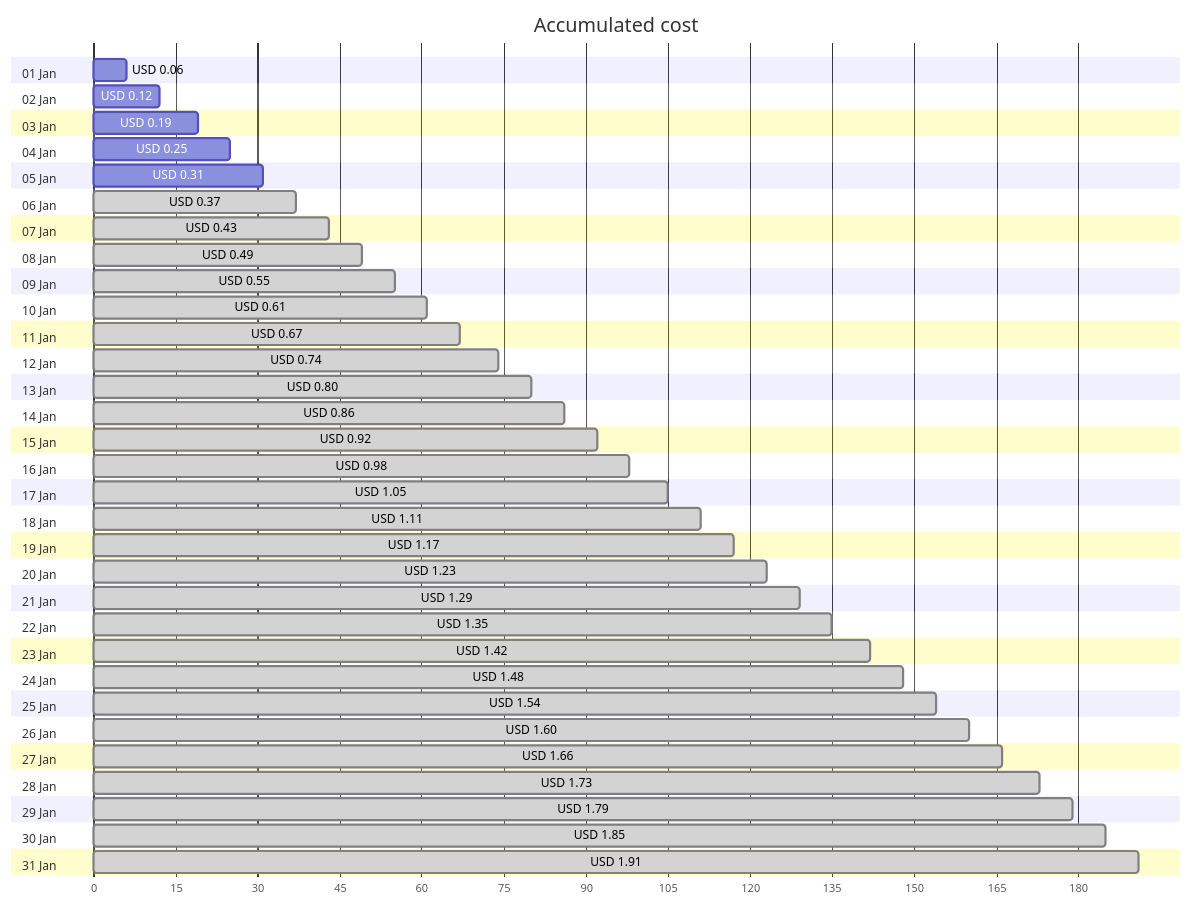
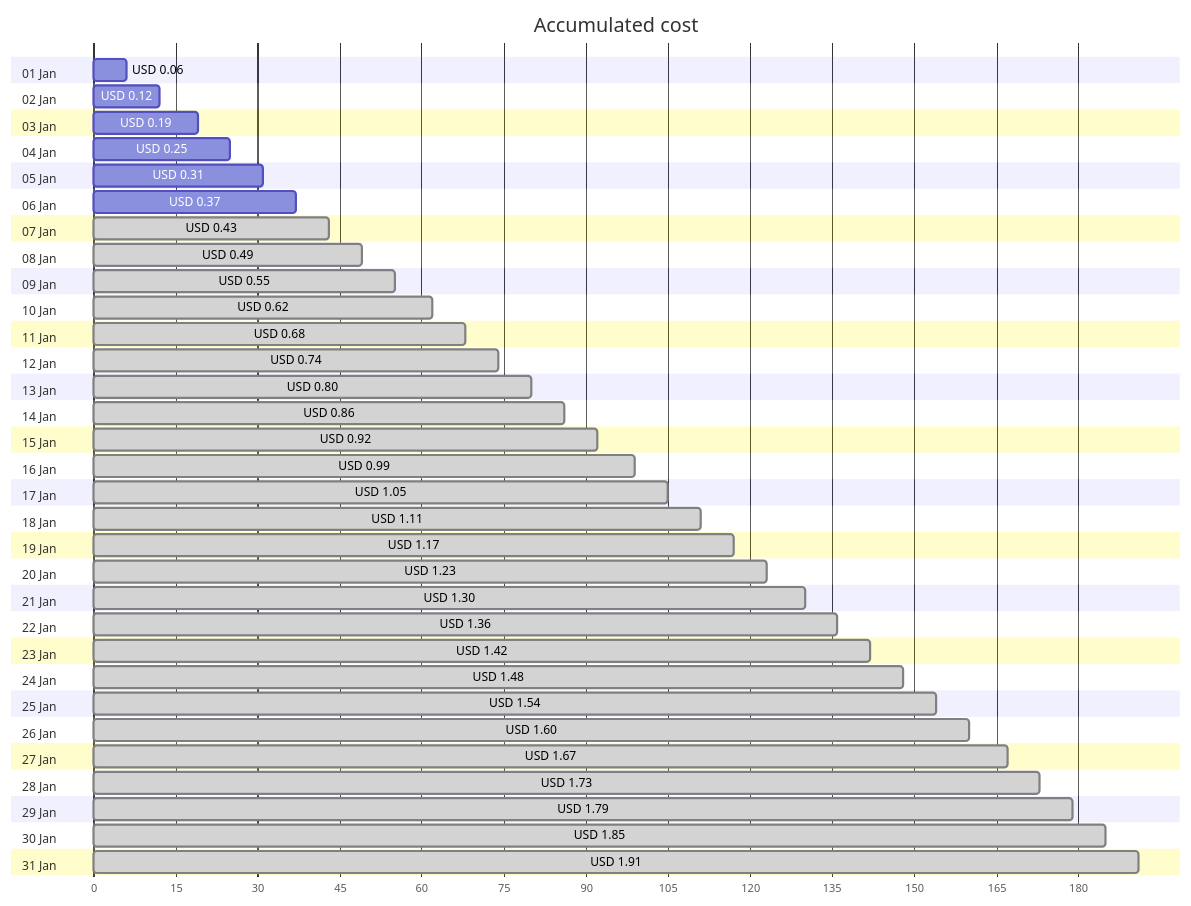
The first of 4 diagrams in cost-reports/personal-network/backup-server_OsDisk.md (jpfulton/azure-personal-reports), drawn with Mermaid before and after one commit. The commit also changed other lines of this file and 8 other files, not shown here.

````diff
--- a/cost-reports/personal-network/backup-server_OsDisk.md
+++ b/cost-reports/personal-network/backup-server_OsDisk.md
@@ -20,68 +20,68 @@
 ```mermaid
 gantt
    title Accumulated cost
    dateFormat  X
    axisFormat %s
    section 01 Jan
    USD 0.06 :0, 6
    section 02 Jan
    USD 0.12 :0, 12
    section 03 Jan
    USD 0.19 :0, 19
    section 04 Jan
    USD 0.25 :0, 25
    section 05 Jan
    USD 0.31 :0, 31
    section 06 Jan
-   USD 0.37 : done, 0, 37
+   USD 0.37 :0, 37
    section 07 Jan
    USD 0.43 : done, 0, 43
    section 08 Jan
    USD 0.49 : done, 0, 49
    section 09 Jan
    USD 0.55 : done, 0, 55
    section 10 Jan
-   USD 0.61 : done, 0, 61
+   USD 0.62 : done, 0, 62
    section 11 Jan
-   USD 0.67 : done, 0, 67
+   USD 0.68 : done, 0, 68
    section 12 Jan
    USD 0.74 : done, 0, 74
    section 13 Jan
    USD 0.80 : done, 0, 80
    section 14 Jan
    USD 0.86 : done, 0, 86
    section 15 Jan
    USD 0.92 : done, 0, 92
    section 16 Jan
-   USD 0.98 : done, 0, 98
+   USD 0.99 : done, 0, 99
    section 17 Jan
    USD 1.05 : done, 0, 105
    section 18 Jan
    USD 1.11 : done, 0, 111
    section 19 Jan
    USD 1.17 : done, 0, 117
    section 20 Jan
    USD 1.23 : done, 0, 123
    section 21 Jan
-   USD 1.29 : done, 0, 129
+   USD 1.30 : done, 0, 130
    section 22 Jan
-   USD 1.35 : done, 0, 135
+   USD 1.36 : done, 0, 136
    section 23 Jan
    USD 1.42 : done, 0, 142
    section 24 Jan
    USD 1.48 : done, 0, 148
    section 25 Jan
    USD 1.54 : done, 0, 154
    section 26 Jan
    USD 1.60 : done, 0, 160
    section 27 Jan
-   USD 1.66 : done, 0, 166
+   USD 1.67 : done, 0, 167
    section 28 Jan
    USD 1.73 : done, 0, 173
    section 29 Jan
    USD 1.79 : done, 0, 179
    section 30 Jan
    USD 1.85 : done, 0, 185
    section 31 Jan
    USD 1.91 : done, 0, 191
 ```
````
